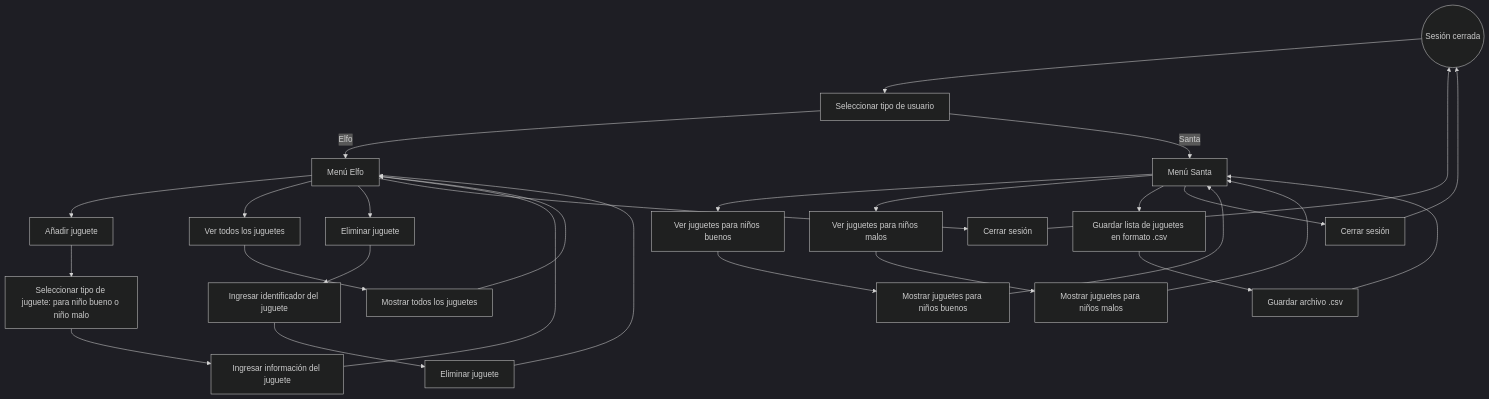
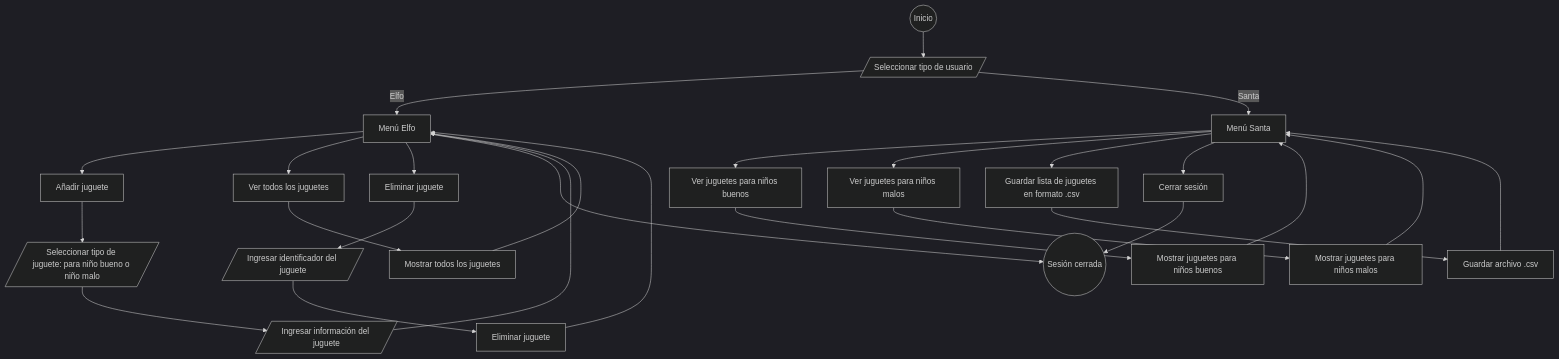
The diagram in README.md (OlenaMyroshnykova/-SantaIsComing-ToyFactory), drawn with Mermaid (dark theme) before and after one commit.

````diff
--- a/README.md
+++ b/README.md
@@ -2,43 +2,43 @@
 ```mermaid
 flowchart TD
-    A((Inicio)) --> B[Seleccionar tipo de usuario]
+    A((Inicio)) --> B[/Seleccionar tipo de usuario/]
     B -->|Elfo| C[Menú Elfo]
     B -->|Santa| D[Menú Santa]
 
     %% Bloque para Elfo
     C --> E[Añadir juguete]
     C --> F[Ver todos los juguetes]
     C --> G[Eliminar juguete]
     C --> H[Cerrar sesión]
 
-    E --> E1[Seleccionar tipo de juguete: para niño bueno o niño malo]
-    E1 --> E2[Ingresar información del juguete]
+    E --> E1[/Seleccionar tipo de juguete: para niño bueno o niño malo/]
+    E1 --> E2[/Ingresar información del juguete/]
     E2 --> C
 
     F --> F1[Mostrar todos los juguetes]
     F1 --> C
 
-    G --> G1[Ingresar identificador del juguete]
+    G --> G1[/Ingresar identificador del juguete/]
     G1 --> G2[Eliminar juguete]
     G2 --> C
 
-    H --> A[Sesión cerrada]
+    H((Sesión cerrada))
 
     %% Bloque para Santa
     D --> I[Ver juguetes para niños buenos]
     D --> J[Ver juguetes para niños malos]
     D --> K[Guardar lista de juguetes en formato .csv]
     D --> L[Cerrar sesión]
 
     I --> I1[Mostrar juguetes para niños buenos]
     I1 --> D
 
     J --> J1[Mostrar juguetes para niños malos]
     J1 --> D
 
     K --> K1[Guardar archivo .csv]
     K1 --> D
 
-    L --> A((Sesión cerrada))
+    L --> H
 
 ```
````
